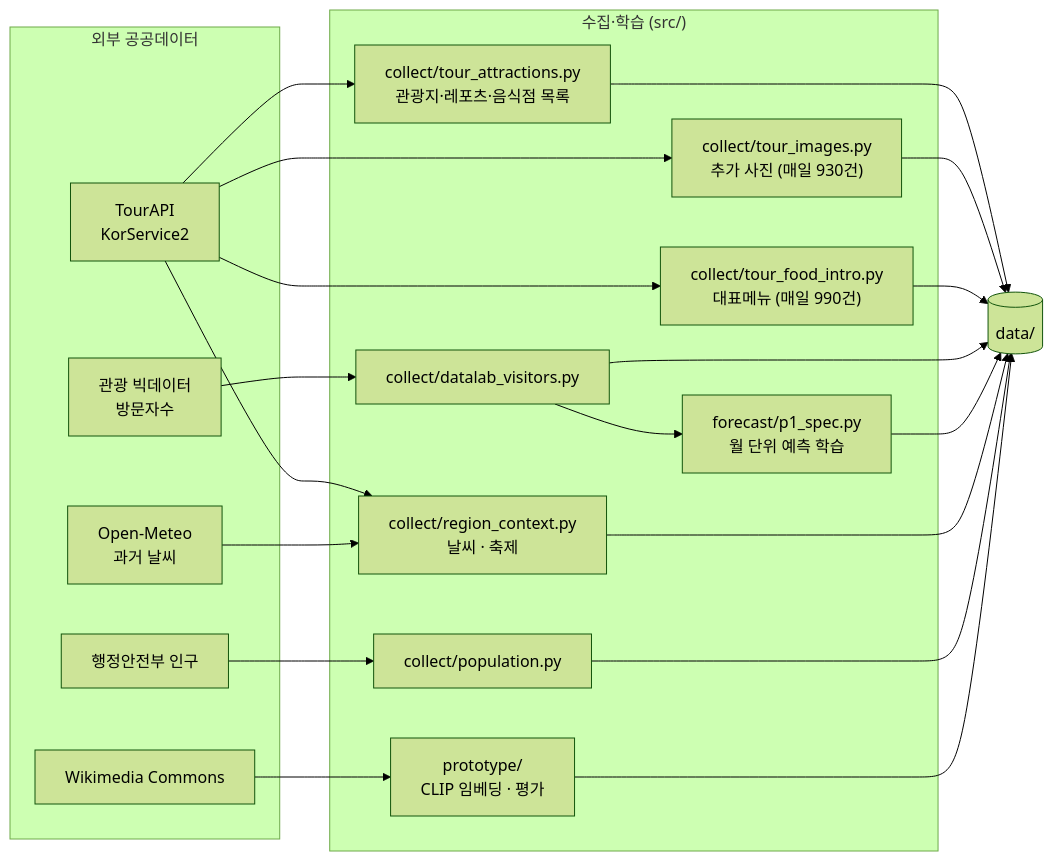
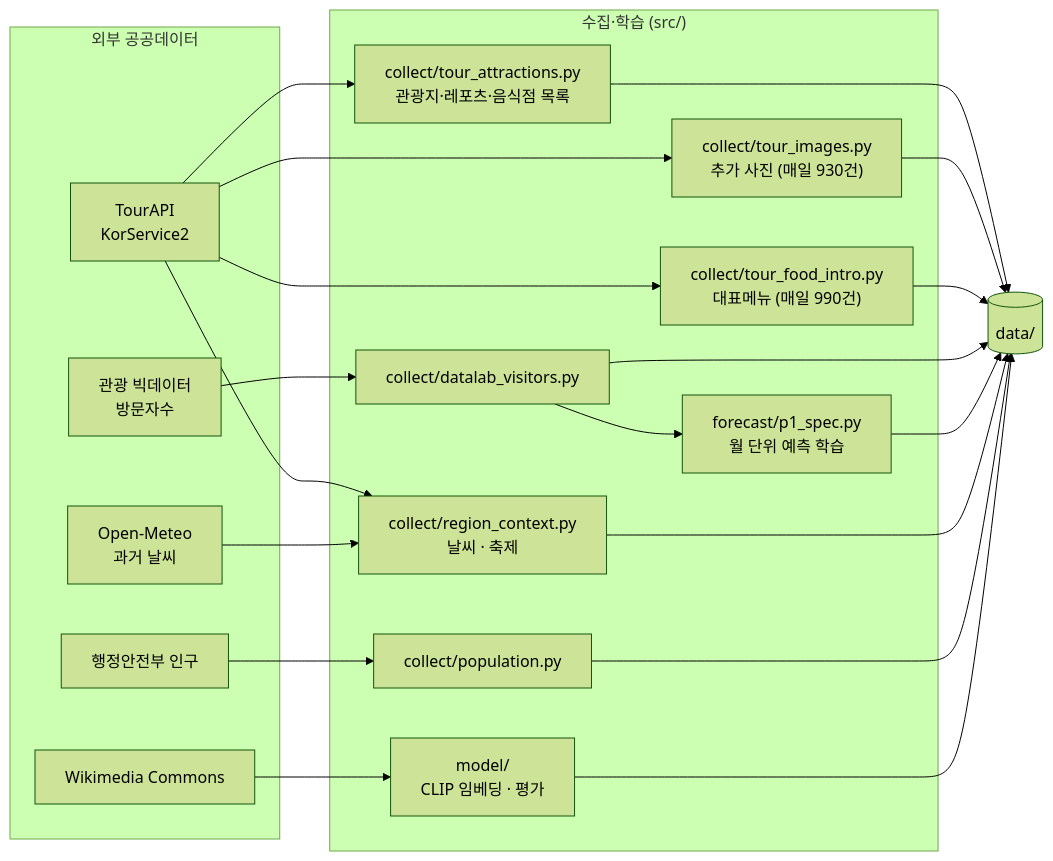
Before and after one commit to pihet/abroad-to-korea: the second of 4 diagrams in docs/ARCHITECTURE.md, drawn with Mermaid (forest theme). The commit also changed other lines of this file and 48 other files, not shown here.

````diff
--- a/docs/ARCHITECTURE.md
+++ b/docs/ARCHITECTURE.md
@@ -27,27 +27,27 @@
 ```mermaid
 flowchart LR
   subgraph E["외부 공공데이터"]
     T["TourAPI<br/>KorService2"]
     V["관광 빅데이터<br/>방문자수"]
     W["Open-Meteo<br/>과거 날씨"]
     M["행정안전부 인구"]
     C["Wikimedia Commons"]
   end
   subgraph J["수집·학습 (src/)"]
     J1["collect/tour_attractions.py<br/>관광지·레포츠·음식점 목록"]
     J2["collect/tour_images.py<br/>추가 사진 (매일 930건)"]
     J3["collect/tour_food_intro.py<br/>대표메뉴 (매일 990건)"]
     J4["collect/datalab_visitors.py"]
     J5["forecast/p1_spec.py<br/>월 단위 예측 학습"]
     J6["collect/region_context.py<br/>날씨 · 축제"]
     J7["collect/population.py"]
-    J8["prototype/<br/>CLIP 임베딩 · 평가"]
+    J8["model/<br/>CLIP 임베딩 · 평가"]
   end
   D[("data/")]
   T --> J1 & J2 & J3 & J6
   V --> J4 --> J5
   W --> J6
   M --> J7
   C --> J8
   J1 & J2 & J3 & J4 & J5 & J6 & J7 & J8 --> D
 ```
````
